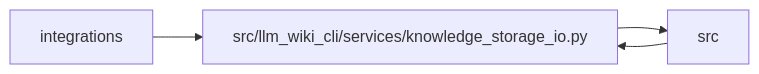
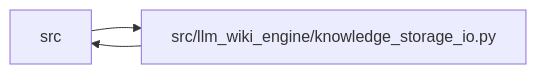
One commit to Denissvgn/python-wiki-llm changed the diagram in docs/llm_wiki/modules/knowledge_storage_io.md. Above: the diagram before and after it, drawn with Mermaid. The commit also changed other lines of this file and 1058 other files, not shown here.

First line of the commit message:
docs: refresh the wiki for the knowledge store move

````diff
--- a/docs/llm_wiki/modules/knowledge_storage_io.md
+++ b/docs/llm_wiki/modules/knowledge_storage_io.md
@@ -28,10 +28,8 @@
 ```mermaid
 flowchart LR
-    n0["integrations"]
-    n1["src"]
-    n2["src/llm_wiki_cli/services/knowledge_storage_io.py"]
-    n0 --> n2
-    n1 --> n2
-    n2 --> n1
-    click n2 "../modules/knowledge_storage_io.md"
+    n0["src"]
+    n1["src/llm_wiki_engine/knowledge_storage_io.py"]
+    n0 --> n1
+    n1 --> n0
+    click n1 "../modules/knowledge_storage_io.md"
 ```
````
